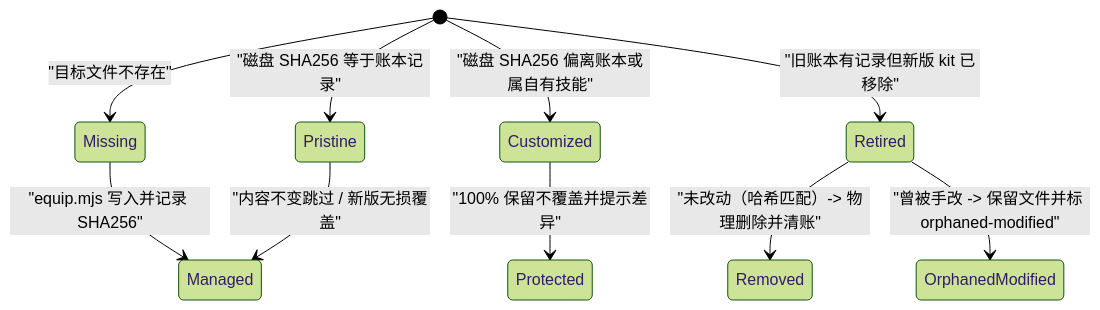
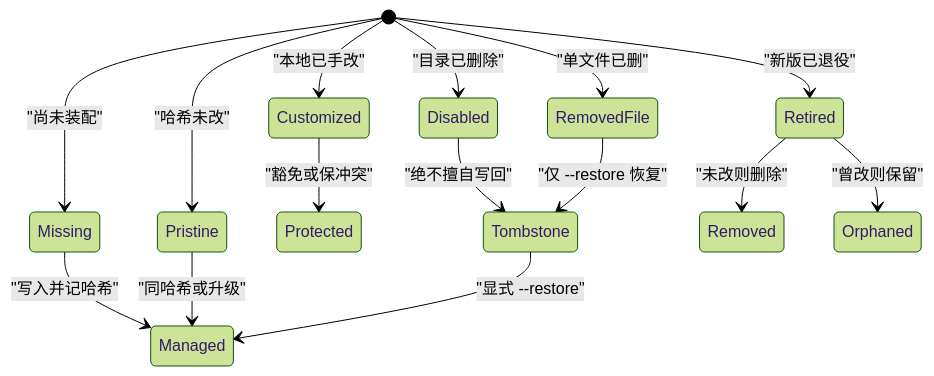
The third of 5 diagrams in docs/TDD.md (FiretrUCK666/project-forge), drawn with Mermaid (forest theme) before and after one commit. The commit also changed other lines of this file and 29 other files, not shown here.

Commit message:
同步升级模板体系、技术设计文档、双语门面与矢量图并对齐两档治理契约

````diff
--- a/docs/TDD.md
+++ b/docs/TDD.md
@@ -180,13 +208,18 @@
 ```mermaid
 stateDiagram-v2
-  [*] --> Missing: "目标文件不存在"
-  [*] --> Pristine: "磁盘 SHA256 等于账本记录"
-  [*] --> Customized: "磁盘 SHA256 偏离账本或属自有技能"
-  [*] --> Retired: "旧账本有记录但新版 kit 已移除"
+  [*] --> Missing: "尚未装配"
+  [*] --> Pristine: "哈希未改"
+  [*] --> Customized: "本地已手改"
+  [*] --> Disabled: "目录已删除"
+  [*] --> RemovedFile: "单文件已删"
+  [*] --> Retired: "新版已退役"
 
-  Missing --> Managed: "equip.mjs 写入并记录 SHA256"
-  Pristine --> Managed: "内容不变跳过 / 新版无损覆盖"
-  Customized --> Protected: "100% 保留不覆盖并提示差异"
-  Retired --> Removed: "未改动（哈希匹配）-> 物理删除并清账"
-  Retired --> OrphanedModified: "曾被手改 -> 保留文件并标 orphaned-modified"
+  Missing --> Managed: "写入并记哈希"
+  Pristine --> Managed: "同哈希或升级"
+  Customized --> Protected: "豁免或保冲突"
+  Disabled --> Tombstone: "绝不擅自写回"
+  RemovedFile --> Tombstone: "仅 --restore 恢复"
+  Tombstone --> Managed: "显式 --restore"
+  Retired --> Removed: "未改则删除"
+  Retired --> Orphaned: "曾改则保留"
 ```
````
